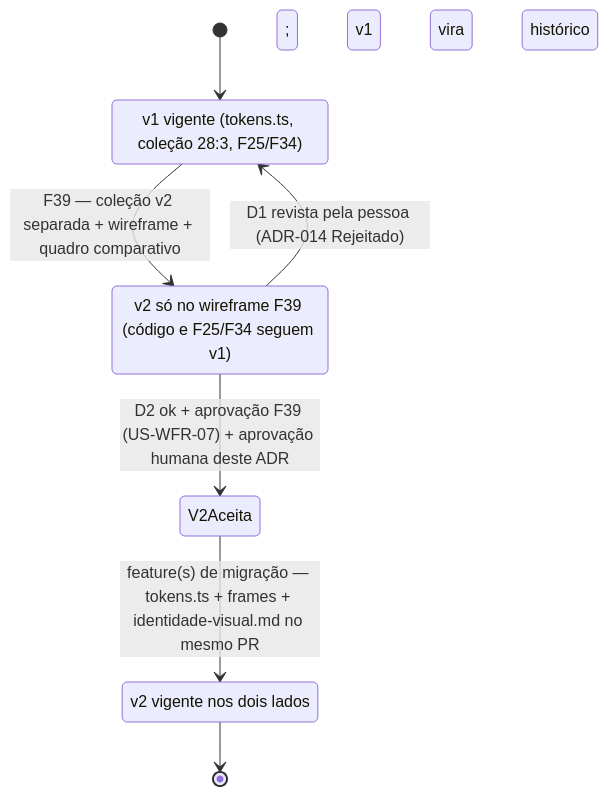
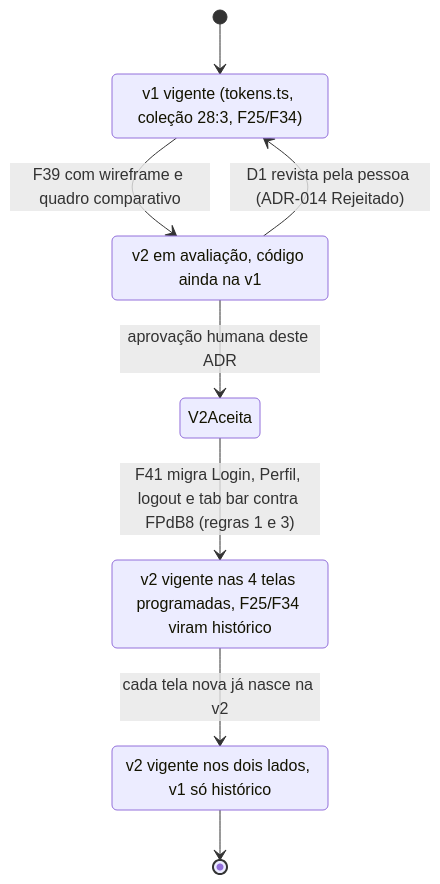
The diagram in docs/architecture/adr/ADR-014-adotar-referencia-figma-como-nova-identidade-visual.md (Leticia-Emily-Moraes/mecanica-sao-jorge), drawn with Mermaid before and after one commit. The commit also changed other lines of this file and 1 other file, not shown here.

Commit message:
docs(adr): registrar no ADR-014 a referência aprovada FPdB8 e a lista fechada de plataforma (F41)

````diff
--- a/docs/architecture/adr/ADR-014-adotar-referencia-figma-como-nova-identidade-visual.md
+++ b/docs/architecture/adr/ADR-014-adotar-referencia-figma-como-nova-identidade-visual.md
@@ -97,12 +127,14 @@
 ```mermaid
 stateDiagram-v2
     [*] --> V1Vigente
     V1Vigente: v1 vigente (tokens.ts, coleção 28:3, F25/F34)
-    V1Vigente --> V2EmAvaliacao: F39 — coleção v2 separada + wireframe + quadro comparativo
-    V2EmAvaliacao: v2 só no wireframe F39 (código e F25/F34 seguem v1)
-    V2EmAvaliacao --> V2Aceita: D2 ok + aprovação F39 (US-WFR-07) + aprovação humana deste ADR
+    V1Vigente --> V2EmAvaliacao: F39 com wireframe e quadro comparativo
+    V2EmAvaliacao: v2 em avaliação, código ainda na v1
     V2EmAvaliacao --> V1Vigente: D1 revista pela pessoa (ADR-014 Rejeitado)
-    V2Aceita --> V2Vigente: feature(s) de migração — tokens.ts + frames + identidade-visual.md no mesmo PR
-    V2Vigente: v2 vigente nos dois lados; v1 vira histórico
+    V2EmAvaliacao --> V2Aceita: aprovação humana deste ADR
+    V2Aceita --> V2QuatroTelas: F41 migra Login, Perfil, logout e tab bar contra FPdB8 (regras 1 e 3)
+    V2QuatroTelas: v2 vigente nas 4 telas programadas, F25/F34 viram histórico
+    V2QuatroTelas --> V2Vigente: cada tela nova já nasce na v2
+    V2Vigente: v2 vigente nos dois lados, v1 só histórico
     V2Vigente --> [*]
 ```
````
